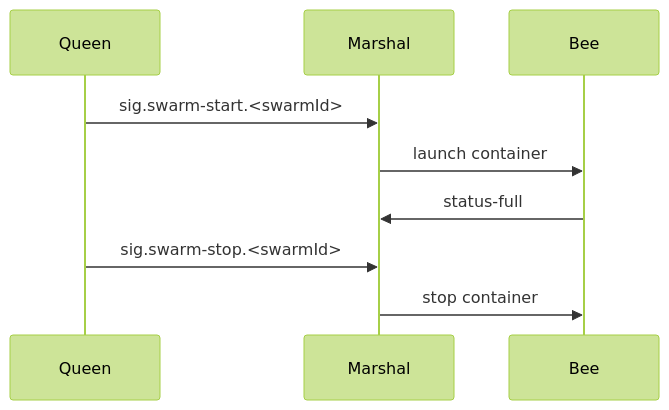
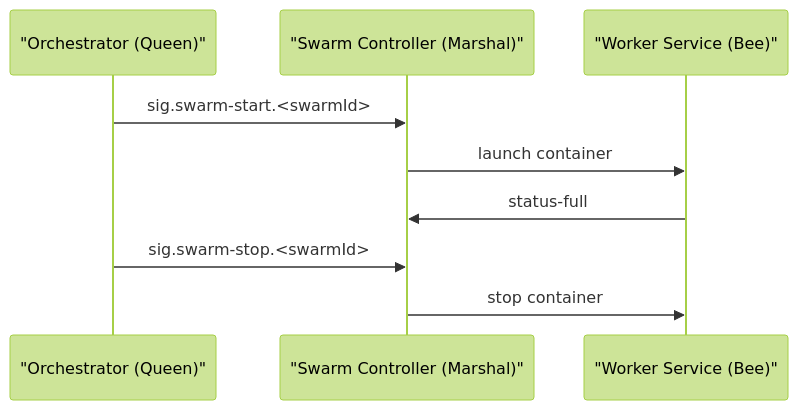
One commit to sepa79/PocketHive changed the seventh of 7 diagrams in docs/ARCHITECTURE.md. Above: the diagram before and after it, drawn with Mermaid (forest theme). The commit also changed other lines of this file and 1 other file, not shown here.

Commit message:
docs: use component names in diagrams

````diff
--- a/docs/ARCHITECTURE.md
+++ b/docs/ARCHITECTURE.md
@@ -139,11 +139,11 @@
 ```mermaid
 sequenceDiagram
-  participant Queen
-  participant Marshal
-  participant Bee
-  Queen->>Marshal: sig.swarm-start.<swarmId>
-  Marshal->>Bee: launch container
-  Bee->>Marshal: status-full
-  Queen->>Marshal: sig.swarm-stop.<swarmId>
-  Marshal->>Bee: stop container
+  participant QN as "Orchestrator (Queen)"
+  participant MSH as "Swarm Controller (Marshal)"
+  participant WS as "Worker Service (Bee)"
+  QN->>MSH: sig.swarm-start.<swarmId>
+  MSH->>WS: launch container
+  WS->>MSH: status-full
+  QN->>MSH: sig.swarm-stop.<swarmId>
+  MSH->>WS: stop container
 ```
````
